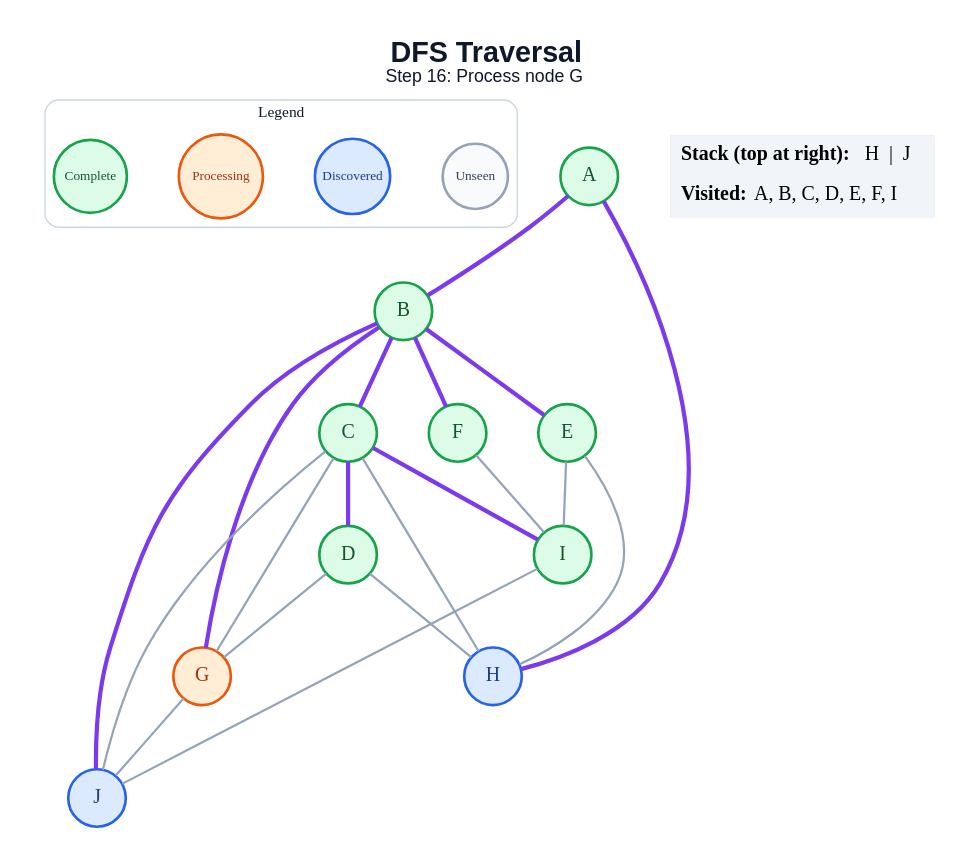
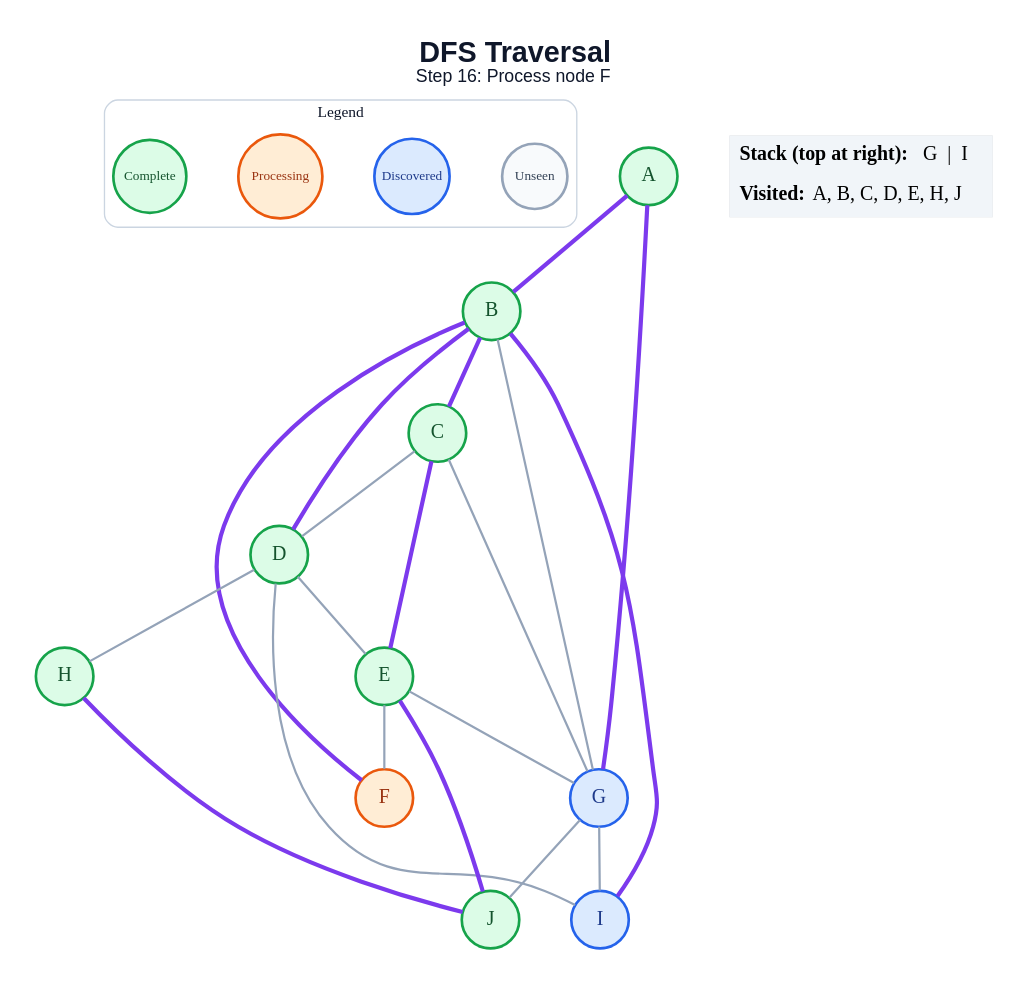
One commit to anon7238593-create/ai-slop changed the diagram in generated/dfs/step_16.dot. Above: the diagram before and after it, drawn with Graphviz. The commit also changed 171 other files, not shown here.

```diff
--- a/generated/dfs/step_16.dot
+++ b/generated/dfs/step_16.dot
@@ -1,48 +1,48 @@
 graph traversal {
   graph [layout=dot, rankdir=TB, bgcolor="#FFFFFF", pad="0.35", nodesep="0.65", ranksep="0.8", fontname="Arial"];
   node [shape=circle, style="filled", fontname="Arial Bold", fontsize=18, width=0.72, fixedsize=true, penwidth=2.4];
   edge [color="#94A3B8", penwidth=2.0];
-  label=<<B>DFS Traversal</B><BR/><FONT POINT-SIZE="16">Step 16: Process node G</FONT>>; labelloc="t"; fontsize=26; fontname="Arial"; fontcolor="#0F172A";
+  label=<<B>DFS Traversal</B><BR/><FONT POINT-SIZE="16">Step 16: Process node F</FONT>>; labelloc="t"; fontsize=26; fontname="Arial"; fontcolor="#0F172A";
   subgraph cluster_legend { label="Legend"; color="#CBD5E1"; penwidth=1.2; style="rounded"; fontsize=14; fontname="Arial Bold";
     key_unseen [label="Unseen", fillcolor="#F8FAFC", color="#94A3B8", fontcolor="#334155", fontsize=12, width=0.82];
     key_frontier [label="Discovered", fillcolor="#DBEAFE", color="#2563EB", fontcolor="#1E3A8A", fontsize=12, width=0.95];
     key_current [label="Processing", fillcolor="#FFEDD5", color="#EA580C", fontcolor="#9A3412", fontsize=12, width=1.05];
     key_done [label="Complete", fillcolor="#DCFCE7", color="#16A34A", fontcolor="#14532D", fontsize=12, width=0.92];
     { rank=same; key_unseen; key_frontier; key_current; key_done; }
   }
   A [fillcolor="#DCFCE7", color="#16A34A", fontcolor="#14532D"];
   B [fillcolor="#DCFCE7", color="#16A34A", fontcolor="#14532D"];
   C [fillcolor="#DCFCE7", color="#16A34A", fontcolor="#14532D"];
   D [fillcolor="#DCFCE7", color="#16A34A", fontcolor="#14532D"];
   E [fillcolor="#DCFCE7", color="#16A34A", fontcolor="#14532D"];
-  F [fillcolor="#DCFCE7", color="#16A34A", fontcolor="#14532D"];
-  G [fillcolor="#FFEDD5", color="#EA580C", fontcolor="#9A3412"];
-  H [fillcolor="#DBEAFE", color="#2563EB", fontcolor="#1E3A8A"];
-  I [fillcolor="#DCFCE7", color="#16A34A", fontcolor="#14532D"];
-  J [fillcolor="#DBEAFE", color="#2563EB", fontcolor="#1E3A8A"];
+  F [fillcolor="#FFEDD5", color="#EA580C", fontcolor="#9A3412"];
+  G [fillcolor="#DBEAFE", color="#2563EB", fontcolor="#1E3A8A"];
+  H [fillcolor="#DCFCE7", color="#16A34A", fontcolor="#14532D"];
+  I [fillcolor="#DBEAFE", color="#2563EB", fontcolor="#1E3A8A"];
+  J [fillcolor="#DCFCE7", color="#16A34A", fontcolor="#14532D"];
   A -- B [color="#7C3AED", penwidth=3.8];
-  A -- H [color="#7C3AED", penwidth=3.8];
+  A -- G [color="#7C3AED", penwidth=3.8];
   B -- C [color="#7C3AED", penwidth=3.8];
-  B -- E [color="#7C3AED", penwidth=3.8];
+  B -- D [color="#7C3AED", penwidth=3.8];
   B -- F [color="#7C3AED", penwidth=3.8];
-  B -- G [color="#7C3AED", penwidth=3.8];
-  B -- J [color="#7C3AED", penwidth=3.8];
-  C -- D [color="#7C3AED", penwidth=3.8];
+  B -- G;
+  B -- I [color="#7C3AED", penwidth=3.8];
+  C -- D;
+  C -- E [color="#7C3AED", penwidth=3.8];
   C -- G;
-  C -- H;
-  C -- I [color="#7C3AED", penwidth=3.8];
-  C -- J;
-  D -- G;
+  D -- E;
   D -- H;
-  E -- H;
-  E -- I;
-  F -- I;
+  D -- I;
+  E -- F;
+  E -- G;
+  E -- J [color="#7C3AED", penwidth=3.8];
+  G -- I;
   G -- J;
-  I -- J;
+  H -- J [color="#7C3AED", penwidth=3.8];
   status [shape=plain, fixedsize=false, width=0, height=0, margin=0, label=<
     <TABLE BORDER="0" CELLBORDER="0" CELLPADDING="7" BGCOLOR="#F1F5F9">
-      <TR><TD ALIGN="LEFT"><B>Stack (top at right):</B> H  |  J</TD></TR>
-      <TR><TD ALIGN="LEFT"><B>Visited:</B> A, B, C, D, E, F, I</TD></TR>
+      <TR><TD ALIGN="LEFT"><B>Stack (top at right):</B> G  |  I</TD></TR>
+      <TR><TD ALIGN="LEFT"><B>Visited:</B> A, B, C, D, E, H, J</TD></TR>
     </TABLE>
   >];
 }
```
